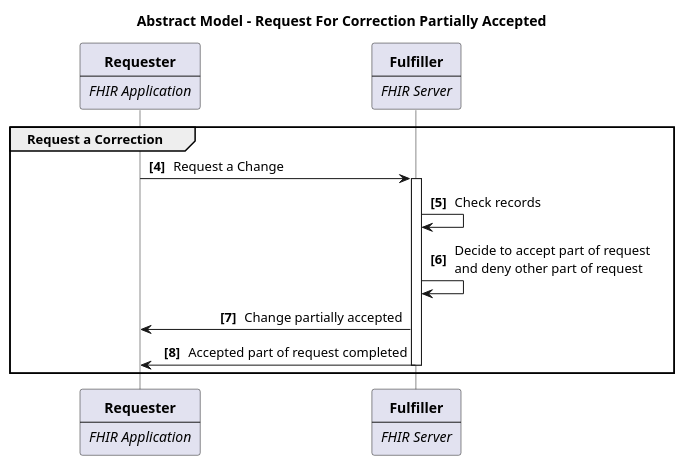
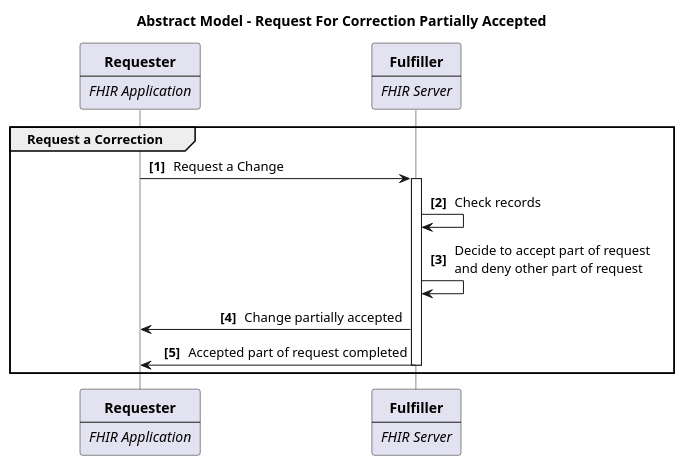
One commit to HL7/fhir-patient-correction changed the diagram in input/images-source/use-case-6.plantuml. Above: the diagram before and after it, drawn with PlantUML. The commit also changed 5 other files, not shown here.

```diff
--- a/input/images-source/use-case-6.plantuml
+++ b/input/images-source/use-case-6.plantuml
@@ -1,33 +1,33 @@
 @startuml
 title Abstract Model - Request For Correction Partially Accepted
 skinparam DefaultTextAlignment center
 skinparam SequenceMessageAlignment direction
 skinparam Padding 2
 skinparam ParticipantPadding 60
 skinparam LifelineStrategy solid
-autonumber 4 "<b>[###]</b>"
+autonumber 1 "<b>[###]</b>"
 
 participant CorrectionRequester [
   **Requester**
   ----
   //FHIR Application//
 ]
 participant RequestFulfiller [
   **Fulfiller**
   ----
   //FHIR Server//
 ]
 
 group Request a Correction
 
 CorrectionRequester->RequestFulfiller : Request a Change
 Activate RequestFulfiller
 RequestFulfiller->RequestFulfiller : Check records
 
 RequestFulfiller->RequestFulfiller : Decide to accept part of request\nand deny other part of request
 
 RequestFulfiller->CorrectionRequester : Change partially accepted
 RequestFulfiller->CorrectionRequester : Accepted part of request completed
 Deactivate RequestFulfiller
 end 
 @enduml
```
